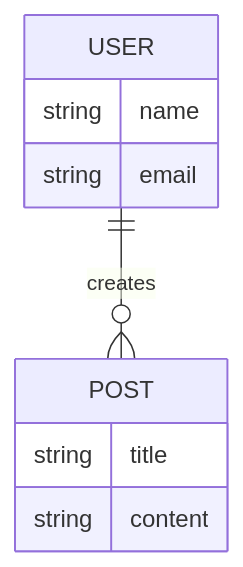
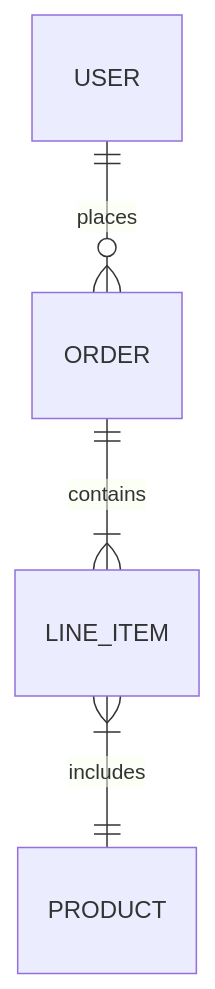
One commit to Ashwin-A21/paw changed the fourth of 4 diagrams in ARCHITECTURE.md. Above: the diagram before and after it, drawn with Mermaid. The commit also changed other lines of this file, not shown here.

Commit message:
Add comprehensive architecture documentation (DFDs and ER Diagram)

````diff
--- a/ARCHITECTURE.md
+++ b/ARCHITECTURE.md
@@ -28,12 +29,6 @@
 ```mermaid
-erDiagram
-    USER {
-        string name
-        string email
-    }
-    POST {
-        string title
-        string content
-    }
-    USER ||--o{ POST : creates
-```
+  erDiagram
+      USER ||--o{ ORDER : places
+      ORDER ||--|{ LINE_ITEM : contains
+      LINE_ITEM }|--|| PRODUCT : includes
+```  
````
